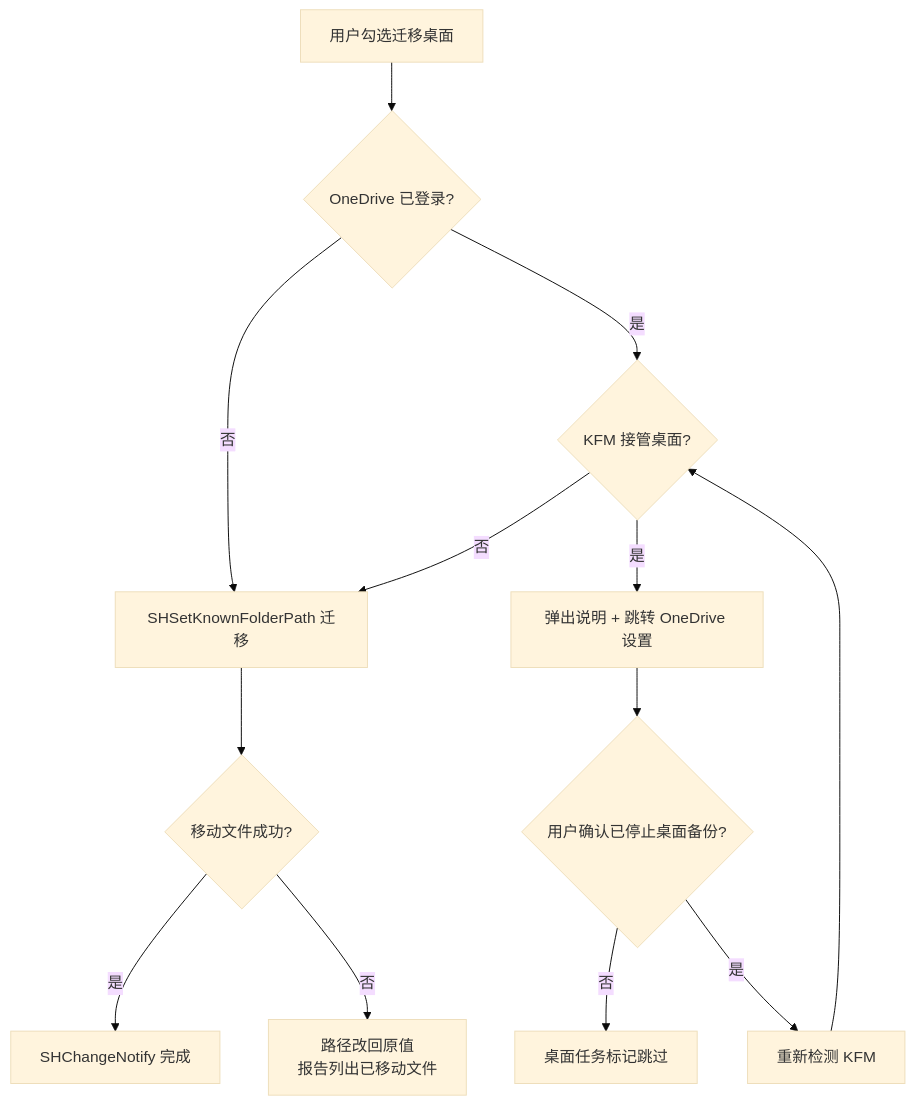
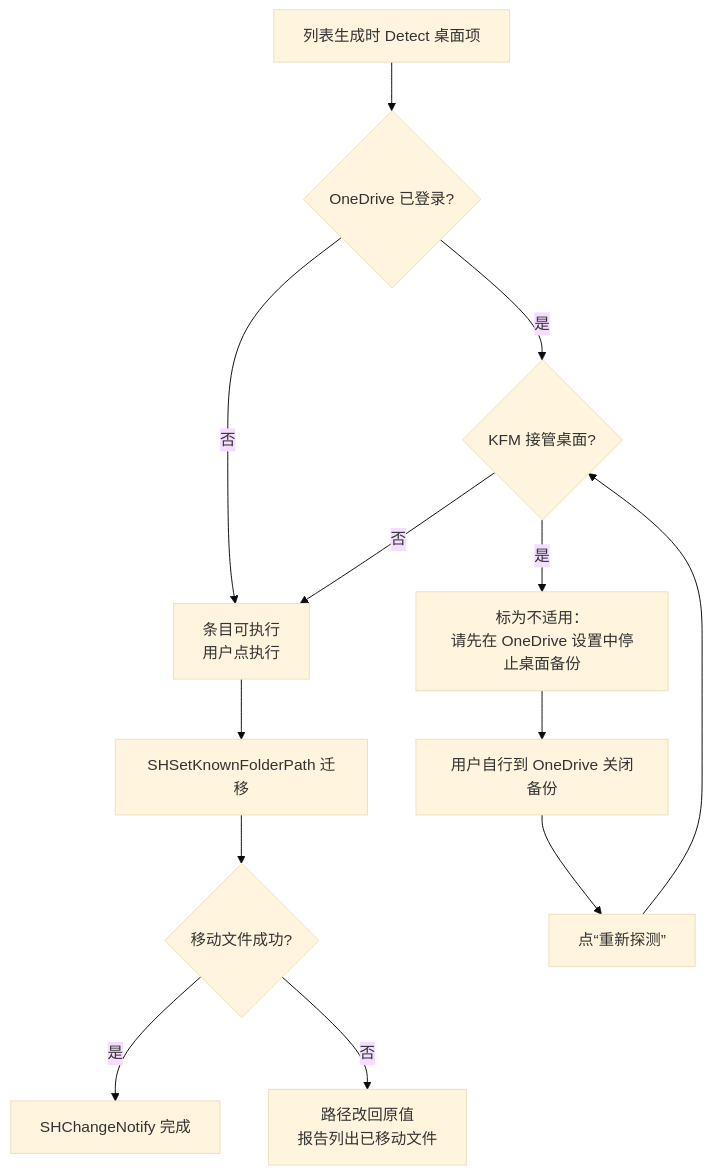
One commit to CookPiu/WinHomestead changed the fourth of 8 diagrams in docs/02-用例与用户流程.md. Above: the diagram before and after it, drawn with Mermaid (base theme). The commit also changed other lines of this file and 2 other files, not shown here.

````diff
--- a/docs/02-用例与用户流程.md
+++ b/docs/02-用例与用户流程.md
@@ -324,15 +325,14 @@
 ```mermaid
 flowchart TD
-  A[用户勾选迁移桌面] --> B{OneDrive 已登录?}
-  B -- 否 --> E[SHSetKnownFolderPath 迁移]
+  A[列表生成时 Detect 桌面项] --> B{OneDrive 已登录?}
+  B -- 否 --> E0[条目可执行<br/>用户点执行]
   B -- 是 --> C{KFM 接管桌面?}
-  C -- 否 --> E
-  C -- 是 --> D[弹出说明 + 跳转 OneDrive 设置]
-  D --> D1{用户确认已停止桌面备份?}
-  D1 -- 否 --> F[桌面任务标记跳过]
-  D1 -- 是 --> D2[重新检测 KFM]
-  D2 --> C
+  C -- 否 --> E0
+  C -- 是 --> D["标为不适用：<br/>请先在 OneDrive 设置中停止桌面备份"]
+  D --> D1[用户自行到 OneDrive 关闭备份]
+  D1 --> D2[点“重新探测”] --> C
+  E0 --> E[SHSetKnownFolderPath 迁移]
   E --> G{移动文件成功?}
   G -- 是 --> H[SHChangeNotify 完成]
   G -- 否 --> I[路径改回原值<br/>报告列出已移动文件]
 ```
````
